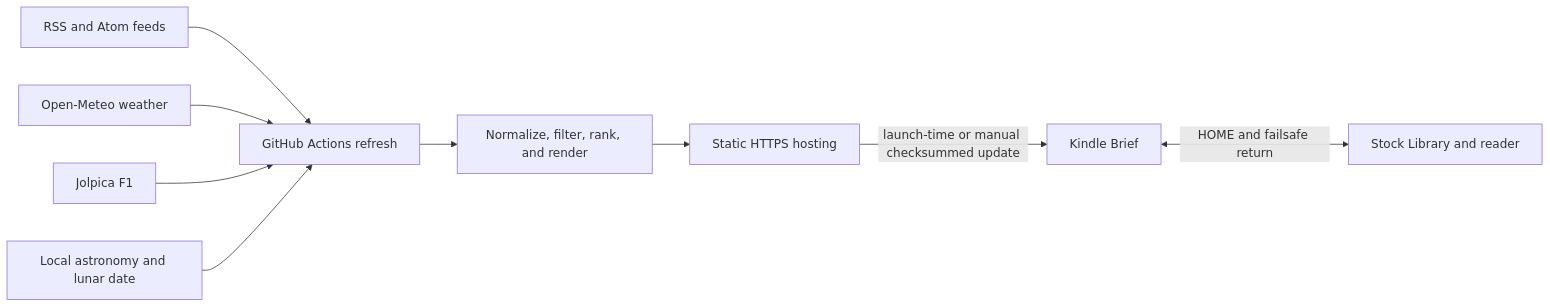
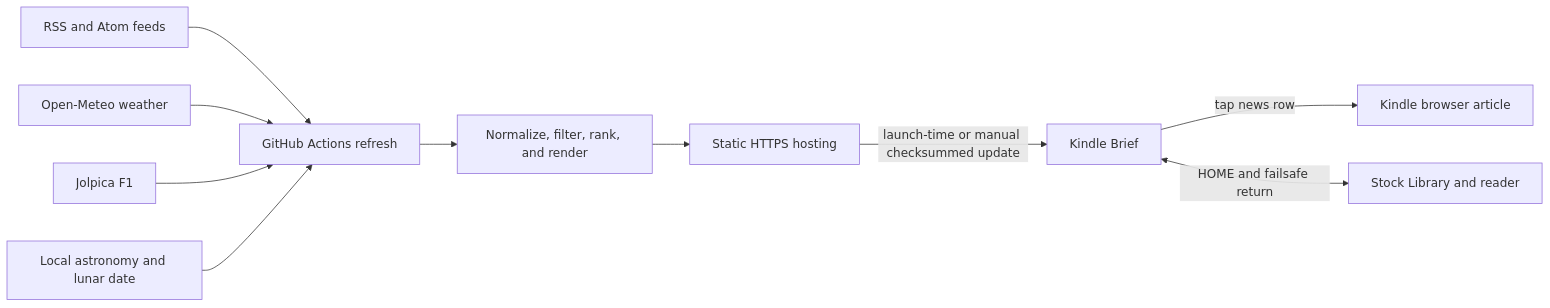
The diagram in README.md (Lzchyi/inkbrief), drawn with Mermaid before and after one commit. The commit also changed other lines of this file and 44 other files, not shown here.

Commit message:
Add tappable Kindle news articles

````diff
--- a/README.md
+++ b/README.md
@@ -28,11 +30,12 @@
 ```mermaid
 flowchart LR
     RSS["RSS and Atom feeds"] --> Actions["GitHub Actions refresh"]
     Weather["Open-Meteo weather"] --> Actions
     F1["Jolpica F1"] --> Actions
     Sky["Local astronomy and lunar date"] --> Actions
     Actions --> Pipeline["Normalize, filter, rank, and render"]
     Pipeline --> Host["Static HTTPS hosting"]
     Host -->|"launch-time or manual checksummed update"| Kindle["Kindle Brief"]
+    Kindle -->|"tap news row"| Browser["Kindle browser article"]
     Kindle <-->|"HOME and failsafe return"| Library["Stock Library and reader"]
 ```
````
